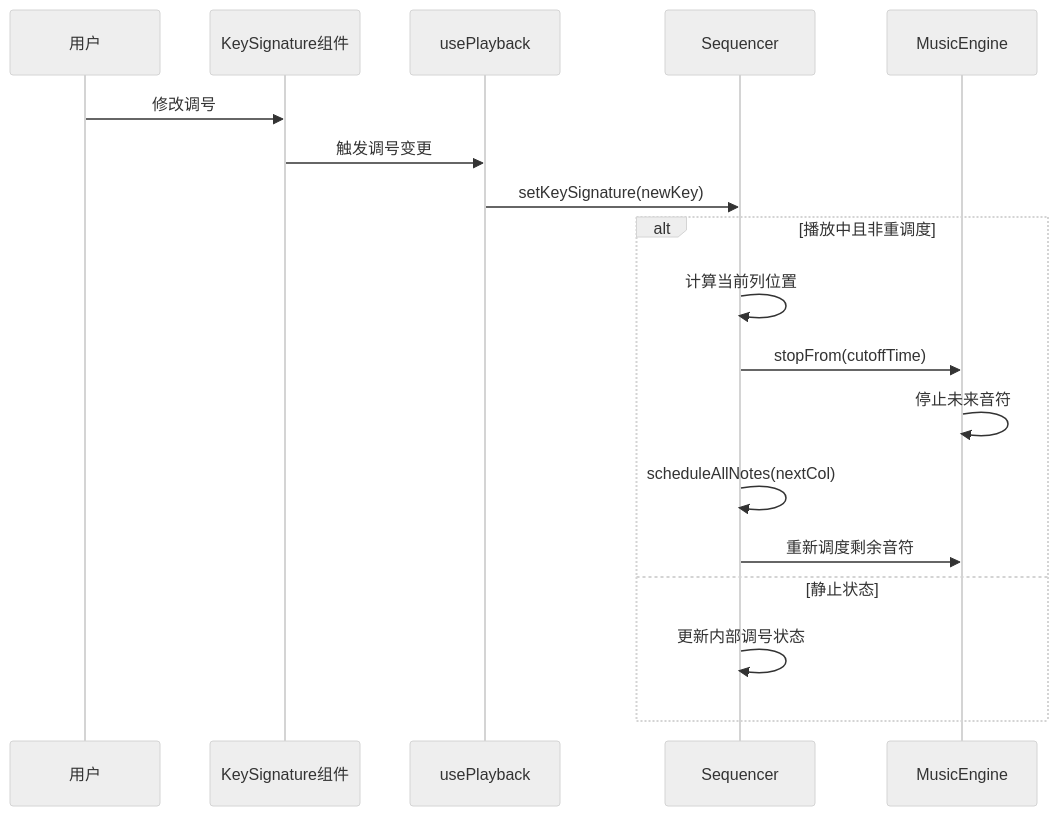
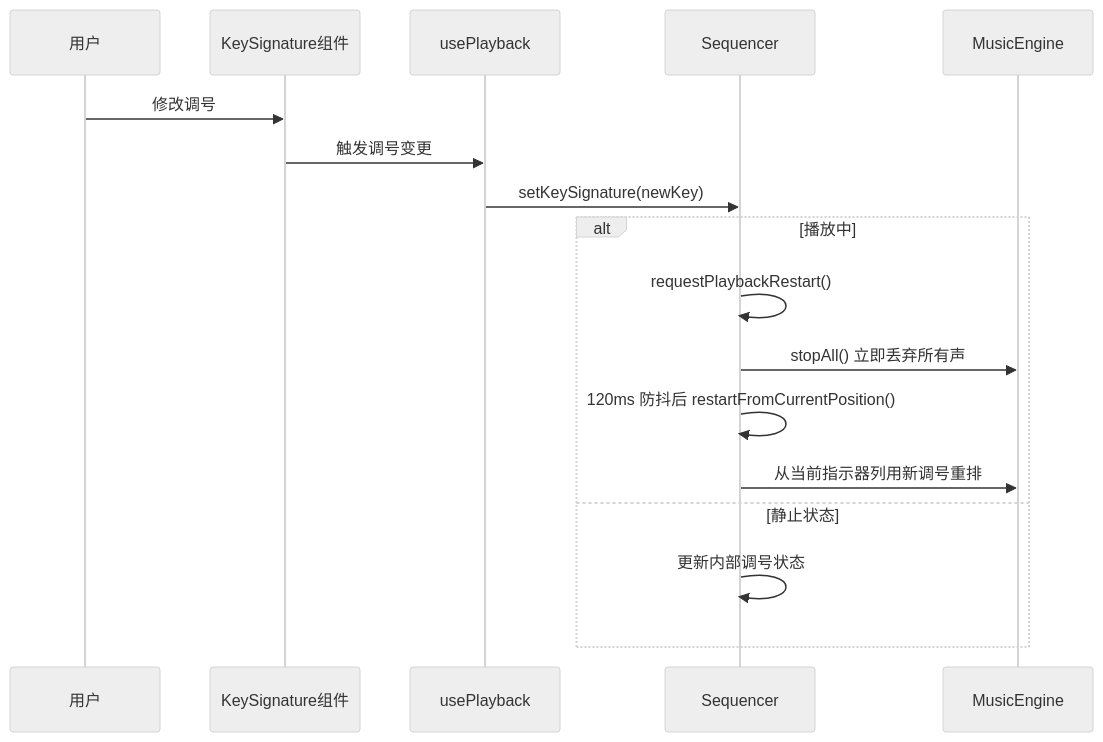
The sixth of 7 diagrams in wiki/播放控制系统/调号控制系统.md (wingmeng/SUBOR-Music-Board), drawn with Mermaid (neutral theme) before and after one commit. The commit also changed other lines of this file and 45 other files, not shown here.

````diff
--- a/wiki/播放控制系统/调号控制系统.md
+++ b/wiki/播放控制系统/调号控制系统.md
@@ -244,20 +244,19 @@
 ```mermaid
 sequenceDiagram
 participant User as 用户
 participant KeySig as KeySignature组件
 participant UsePlay as usePlayback
 participant Seq as Sequencer
 participant Engine as MusicEngine
 User->>KeySig : 修改调号
 KeySig->>UsePlay : 触发调号变更
 UsePlay->>Seq : setKeySignature(newKey)
-alt 播放中且非重调度
-Seq->>Seq : 计算当前列位置
-Seq->>Engine : stopFrom(cutoffTime)
-Engine->>Engine : 停止未来音符
-Seq->>Seq : scheduleAllNotes(nextCol)
-Seq->>Engine : 重新调度剩余音符
+alt 播放中
+Seq->>Seq : requestPlaybackRestart()
+Seq->>Engine : stopAll() 立即丢弃所有声
+Seq->>Seq : 120ms 防抖后 restartFromCurrentPosition()
+Seq->>Engine : 从当前指示器列用新调号重排
 else 静止状态
 Seq->>Seq : 更新内部调号状态
 end
 ```
````
